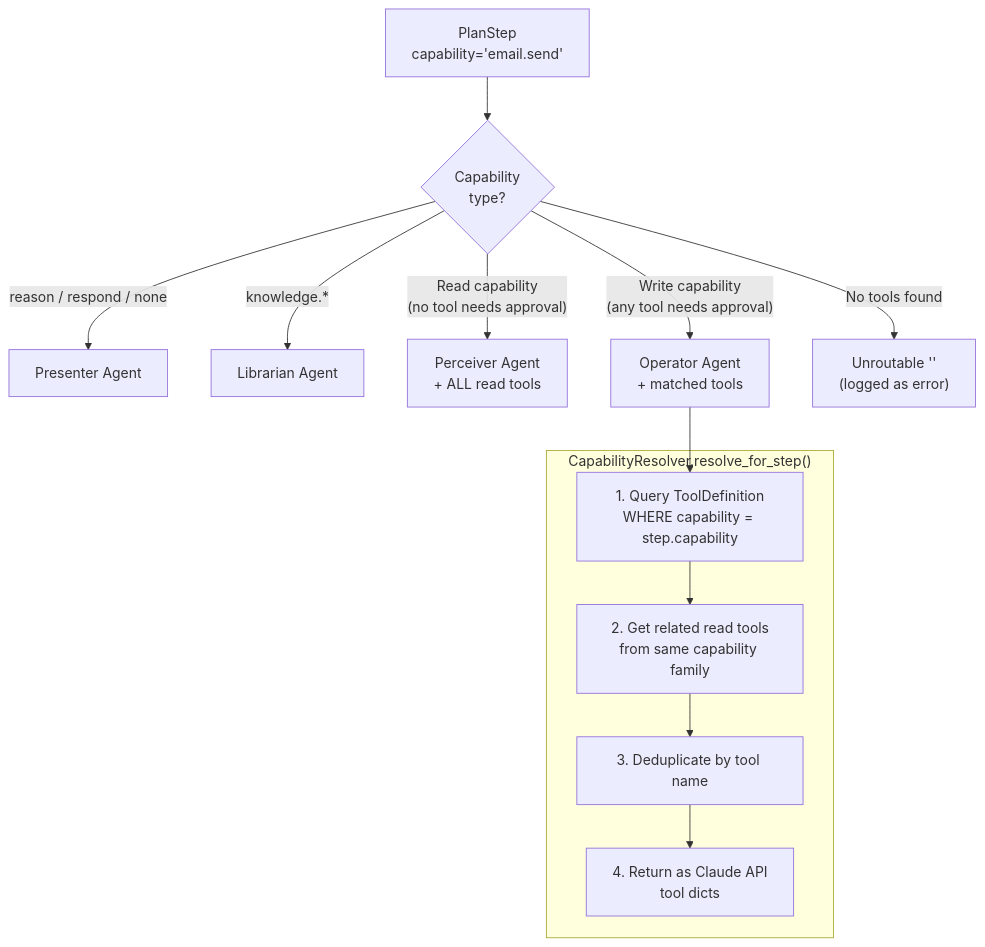
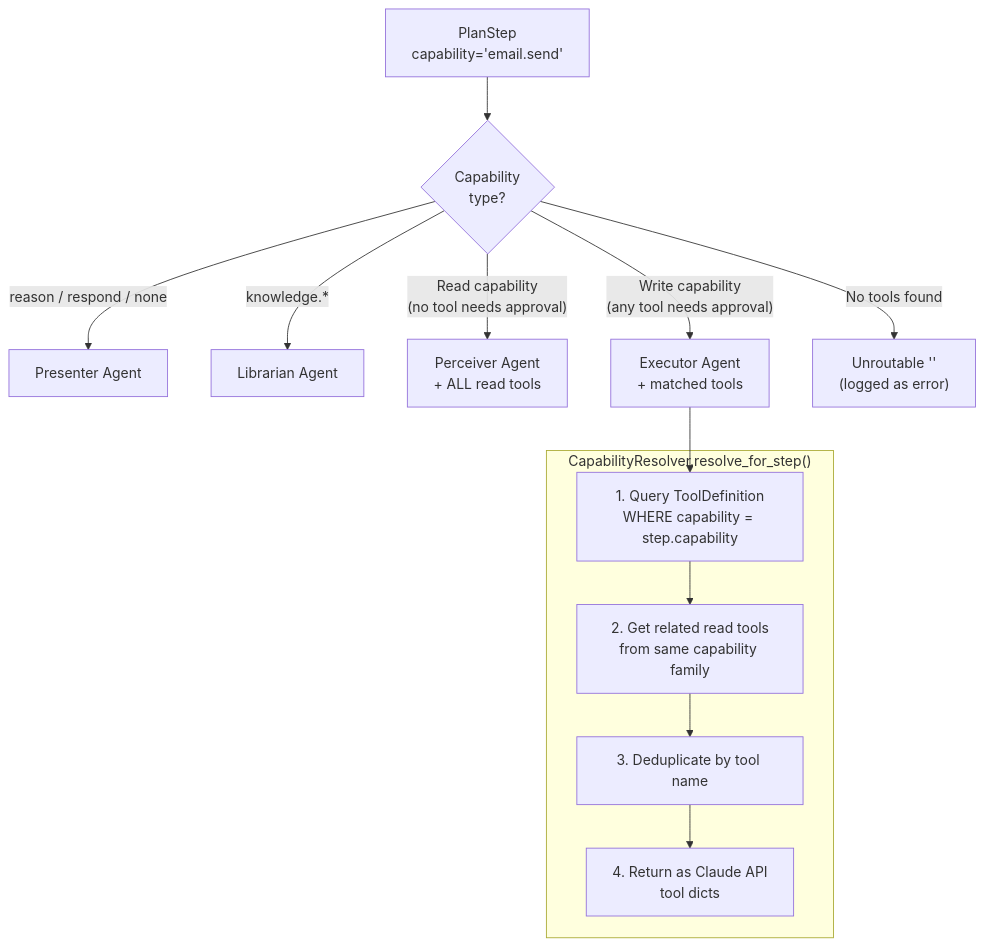
One commit to shivadharmi/muldro changed the sixth of 17 diagrams in docs/architecture/plan-execution-deep-dive.md. Above: the diagram before and after it, drawn with Mermaid. The commit also changed other lines of this file and 14 other files, not shown here.

First line of the commit message:
docs: sync durable architecture docs with post-rebuild code

````diff
--- a/docs/architecture/plan-execution-deep-dive.md
+++ b/docs/architecture/plan-execution-deep-dive.md
@@ -326,22 +326,22 @@
 ```mermaid
 flowchart TD
     STEP["PlanStep<br/>capability='email.send'"]
 
     STEP --> CHECK{Capability<br/>type?}
 
     CHECK -->|"reason / respond / none"| PRES[Presenter Agent]
     CHECK -->|"knowledge.*"| LIB[Librarian Agent]
     CHECK -->|"Read capability<br/>(no tool needs approval)"| PERC[Perceiver Agent<br/>+ ALL read tools]
-    CHECK -->|"Write capability<br/>(any tool needs approval)"| OP[Operator Agent<br/>+ matched tools]
+    CHECK -->|"Write capability<br/>(any tool needs approval)"| OP[Executor Agent<br/>+ matched tools]
     CHECK -->|"No tools found"| UNREACHABLE["Unroutable ''<br/>(logged as error)"]
 
     subgraph "CapabilityResolver.resolve_for_step()"
         R1["1. Query ToolDefinition<br/>WHERE capability = step.capability"]
         R2["2. Get related read tools<br/>from same capability family"]
         R3["3. Deduplicate by tool name"]
         R4["4. Return as Claude API<br/>tool dicts"]
         R1 --> R2 --> R3 --> R4
     end
 
     OP --> R1
 ```
````
